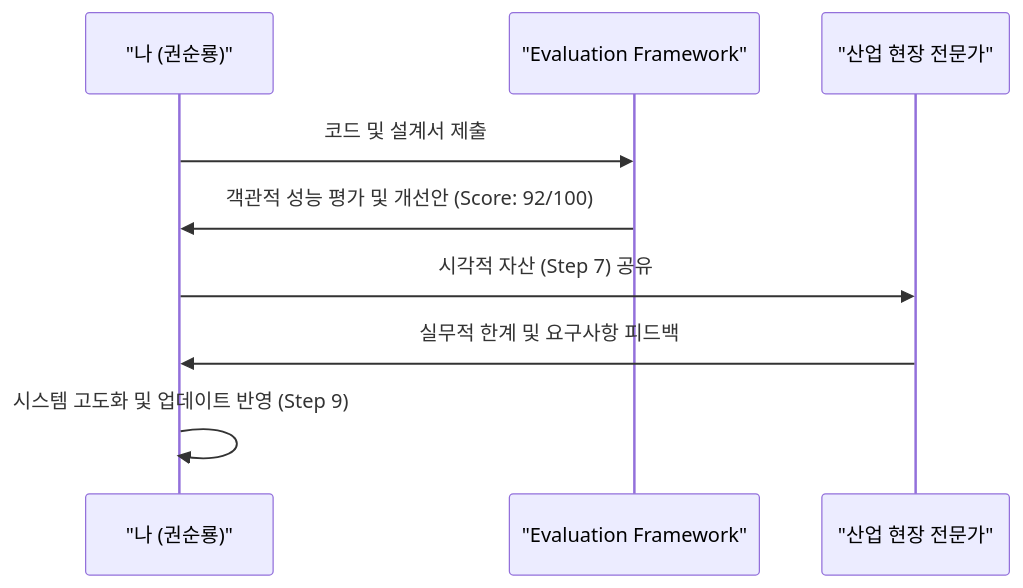
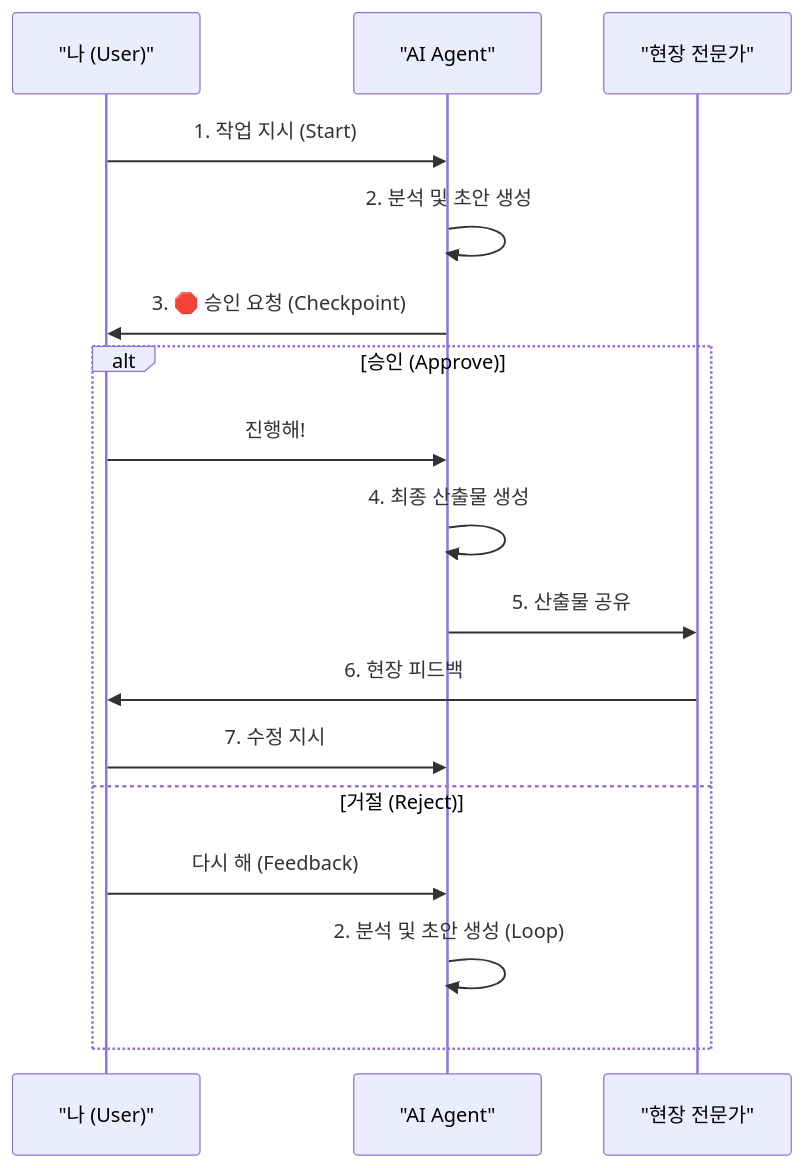
The diagram in portfolio/portfolio_docs/Phase_3_Expansion/Step_08_Feedback_Loop.md (moobaek/Testing_AI_agents_for_public_use), drawn with Mermaid before and after one commit. The commit also changed other lines of this file and 23 other files, not shown here.

````diff
--- a/portfolio/portfolio_docs/Phase_3_Expansion/Step_08_Feedback_Loop.md
+++ b/portfolio/portfolio_docs/Phase_3_Expansion/Step_08_Feedback_Loop.md
@@ -30,12 +32,21 @@
 ```mermaid
 sequenceDiagram
-    participant Dev as "나 (권순룡)"
-    participant AI as "Evaluation Framework"
-    participant Field as "산업 현장 전문가"
+    participant Dev as "나 (User)"
+    participant AI as "AI Agent"
+    participant Field as "현장 전문가"
     
-    Dev->>AI: 코드 및 설계서 제출
-    AI->>Dev: 객관적 성능 평가 및 개선안 (Score: 92/100)
-    Dev->>Field: 시각적 자산 (Step 7) 공유
-    Field->>Dev: 실무적 한계 및 요구사항 피드백
-    Dev->>Dev: 시스템 고도화 및 업데이트 반영 (Step 9)
+    Dev->>AI: 1. 작업 지시 (Start)
+    AI->>AI: 2. 분석 및 초안 생성
+    AI->>Dev: 3. 🛑 승인 요청 (Checkpoint)
+    
+    alt 승인 (Approve)
+        Dev->>AI: 진행해!
+        AI->>AI: 4. 최종 산출물 생성
+        AI->>Field: 5. 산출물 공유
+        Field->>Dev: 6. 현장 피드백
+        Dev->>AI: 7. 수정 지시
+    else 거절 (Reject)
+        Dev->>AI: 다시 해 (Feedback)
+        AI->>AI: 2. 분석 및 초안 생성 (Loop)
+    end
 ```
````
